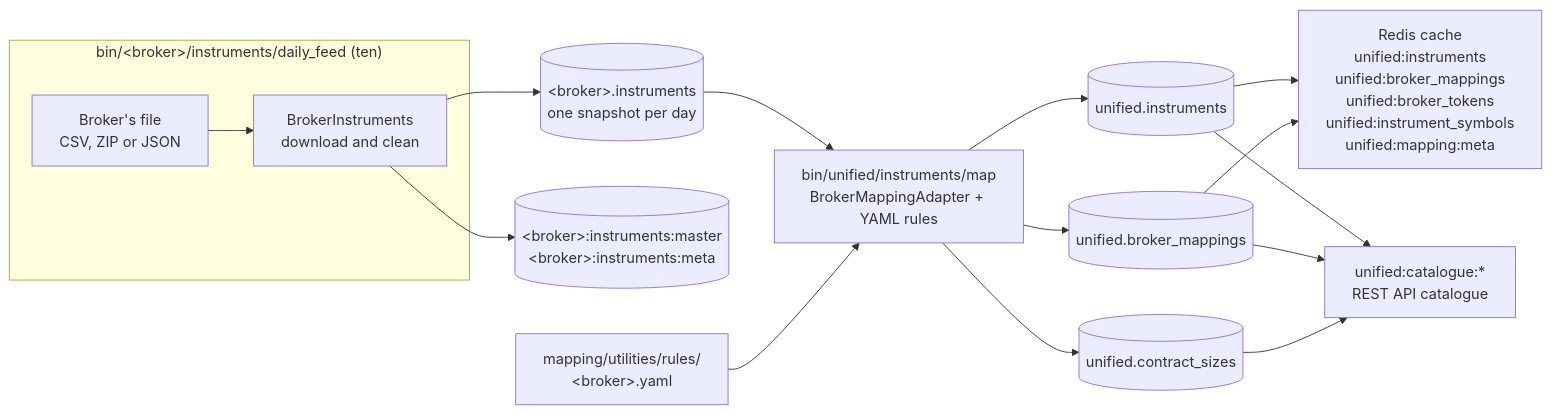
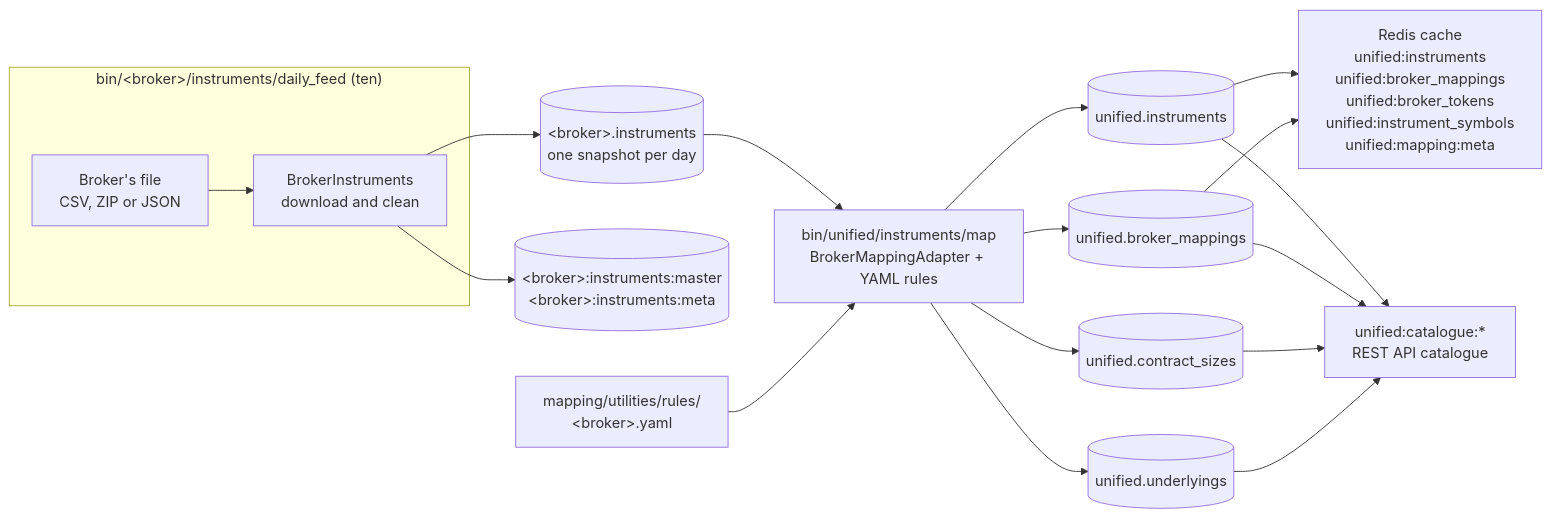
The second of 3 diagrams in docs/pipelines/instrument-masters.md (pramodathani/unified_broker_interface), drawn with Mermaid before and after one commit. The commit also changed other lines of this file and 13 other files, not shown here.

````diff
--- a/docs/pipelines/instrument-masters.md
+++ b/docs/pipelines/instrument-masters.md
@@ -24,18 +24,20 @@
 ```mermaid
 flowchart LR
     subgraph Download["bin/#lt;broker#gt;/instruments/daily_feed (ten)"]
         FILE["Broker's file<br/>CSV, ZIP or JSON"] --> ING["BrokerInstruments<br/>download and clean"]
     end
     ING --> T[("#lt;broker#gt;.instruments<br/>one snapshot per day")]
     ING --> RM[("#lt;broker#gt;:instruments:master<br/>#lt;broker#gt;:instruments:meta")]
     T --> MAP["bin/unified/instruments/map<br/>BrokerMappingAdapter + YAML rules"]
     RULES["mapping/utilities/rules/<br/>#lt;broker#gt;.yaml"] --> MAP
     MAP --> UI[("unified.instruments")]
     MAP --> UB[("unified.broker_mappings")]
     MAP --> CS[("unified.contract_sizes")]
+    MAP --> UU[("unified.underlyings")]
     UI --> CACHE["Redis cache<br/>unified:instruments<br/>unified:broker_mappings<br/>unified:broker_tokens<br/>unified:instrument_symbols<br/>unified:mapping:meta"]
     UB --> CACHE
     UI --> CAT["unified:catalogue:*<br/>REST API catalogue"]
     UB --> CAT
     CS --> CAT
+    UU --> CAT
 ```
````
